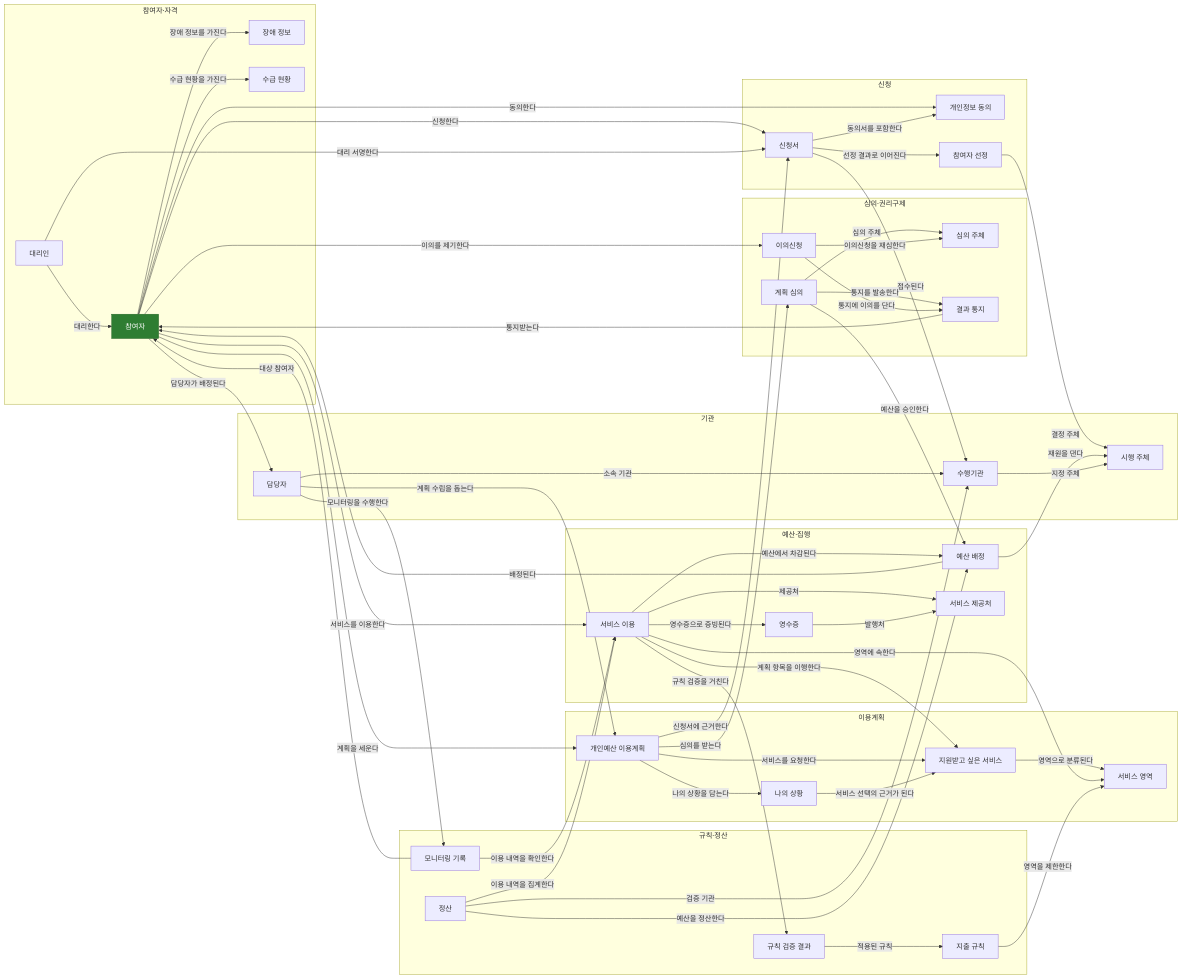
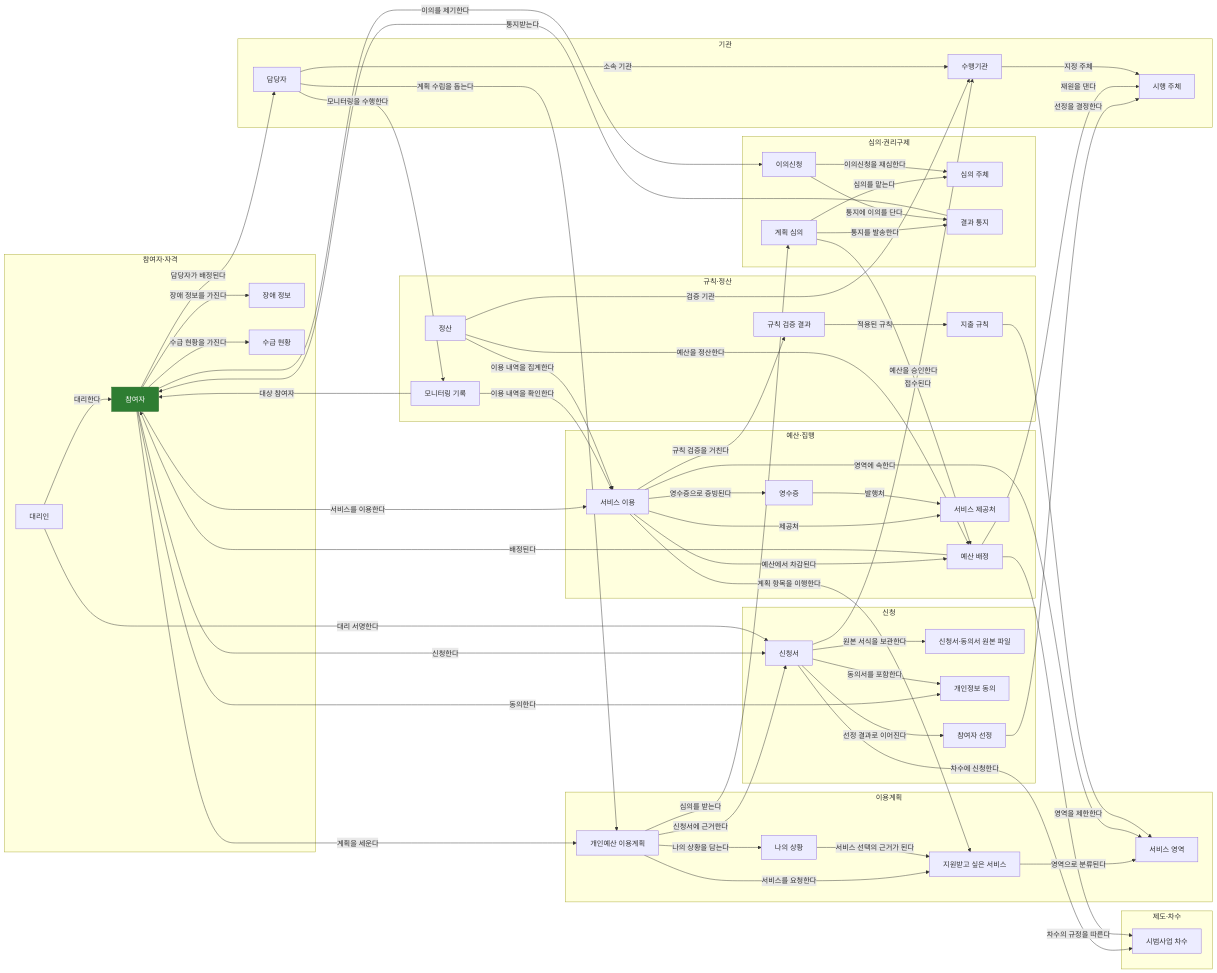
The first of 3 diagrams in Plan&Source/ontology/seoul/seoul_ontology_diagram.md (SWJoong/Personal_Budgets_App), drawn with Mermaid before and after one commit. The commit also changed other lines of this file and 7 other files, not shown here.

````diff
--- a/Plan&Source/ontology/seoul/seoul_ontology_diagram.md
+++ b/Plan&Source/ontology/seoul/seoul_ontology_diagram.md
@@ -13,41 +13,45 @@
 ```mermaid
 flowchart LR
-  subgraph g1["참여자·자격"]
+  subgraph g1["제도·차수"]
+    Cohort["시범사업 차수"]
+  end
+  subgraph g2["참여자·자격"]
     Participant["참여자"]
     Proxy["대리인"]
     DisabilityProfile["장애 정보"]
     BenefitStatus["수급 현황"]
   end
-  subgraph g2["신청"]
+  subgraph g3["신청"]
     Application["신청서"]
+    ApplicationDocument["신청서·동의서 원본 파일"]
     ConsentRecord["개인정보 동의"]
     SelectionDecision["참여자 선정"]
   end
-  subgraph g3["이용계획"]
+  subgraph g4["이용계획"]
     UtilizationPlan["개인예산 이용계획"]
     SelfNarrative["나의 상황"]
     RequestedService["지원받고 싶은 서비스"]
     ServiceDomain["서비스 영역"]
   end
-  subgraph g4["심의·권리구제"]
+  subgraph g5["심의·권리구제"]
     PlanReview["계획 심의"]
     ReviewCommittee["심의 주체"]
     Notification["결과 통지"]
     Appeal["이의신청"]
   end
-  subgraph g5["예산·집행"]
+  subgraph g6["예산·집행"]
     BudgetAllocation["예산 배정"]
     ServiceUsage["서비스 이용"]
     Receipt["영수증"]
     ServiceProvider["서비스 제공처"]
   end
-  subgraph g6["규칙·정산"]
+  subgraph g7["규칙·정산"]
     SpendingRule["지출 규칙"]
     RuleCheck["규칙 검증 결과"]
     Settlement["정산"]
     MonitoringRecord["모니터링 기록"]
   end
-  subgraph g7["기관"]
+  subgraph g8["기관"]
     AdministeringBody["시행 주체"]
     ExecutingAgency["수행기관"]
     Caseworker["담당자"]
@@ -62,7 +66,9 @@
   Application -->|"동의서를 포함한다"| ConsentRecord
   Application -->|"접수된다"| ExecutingAgency
   Application -->|"선정 결과로 이어진다"| SelectionDecision
-  SelectionDecision -->|"결정 주체"| AdministeringBody
+  SelectionDecision -->|"선정을 결정한다"| AdministeringBody
+  Application -->|"차수에 신청한다"| Cohort
+  Application -->|"원본 서식을 보관한다"| ApplicationDocument
   Participant -->|"계획을 세운다"| UtilizationPlan
   Caseworker -->|"계획 수립을 돕는다"| UtilizationPlan
   UtilizationPlan -->|"신청서에 근거한다"| Application
@@ -71,7 +77,7 @@
   SelfNarrative -->|"서비스 선택의 근거가 된다"| RequestedService
   RequestedService -->|"영역으로 분류된다"| ServiceDomain
   UtilizationPlan -->|"심의를 받는다"| PlanReview
-  PlanReview -->|"심의 주체"| ReviewCommittee
+  PlanReview -->|"심의를 맡는다"| ReviewCommittee
   PlanReview -->|"통지를 발송한다"| Notification
   Notification -->|"통지받는다"| Participant
   Participant -->|"이의를 제기한다"| Appeal
@@ -80,6 +86,7 @@
   PlanReview -->|"예산을 승인한다"| BudgetAllocation
   BudgetAllocation -->|"배정된다"| Participant
   BudgetAllocation -->|"재원을 댄다"| AdministeringBody
+  BudgetAllocation -->|"차수의 규정을 따른다"| Cohort
   Participant -->|"서비스를 이용한다"| ServiceUsage
   ServiceUsage -->|"예산에서 차감된다"| BudgetAllocation
   ServiceUsage -->|"계획 항목을 이행한다"| RequestedService
````
